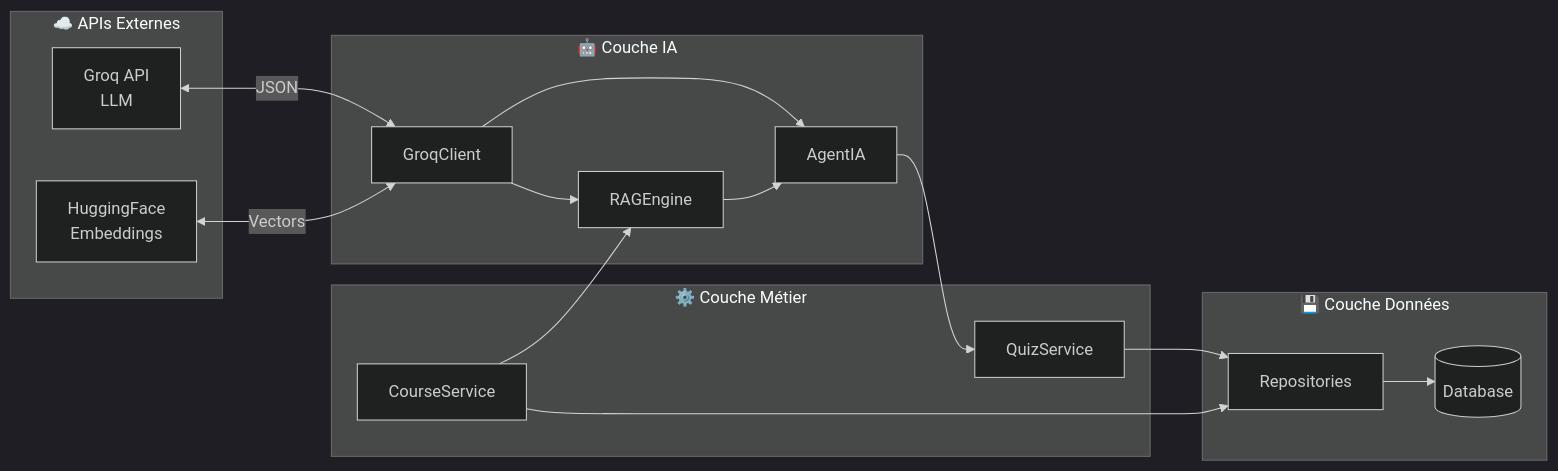
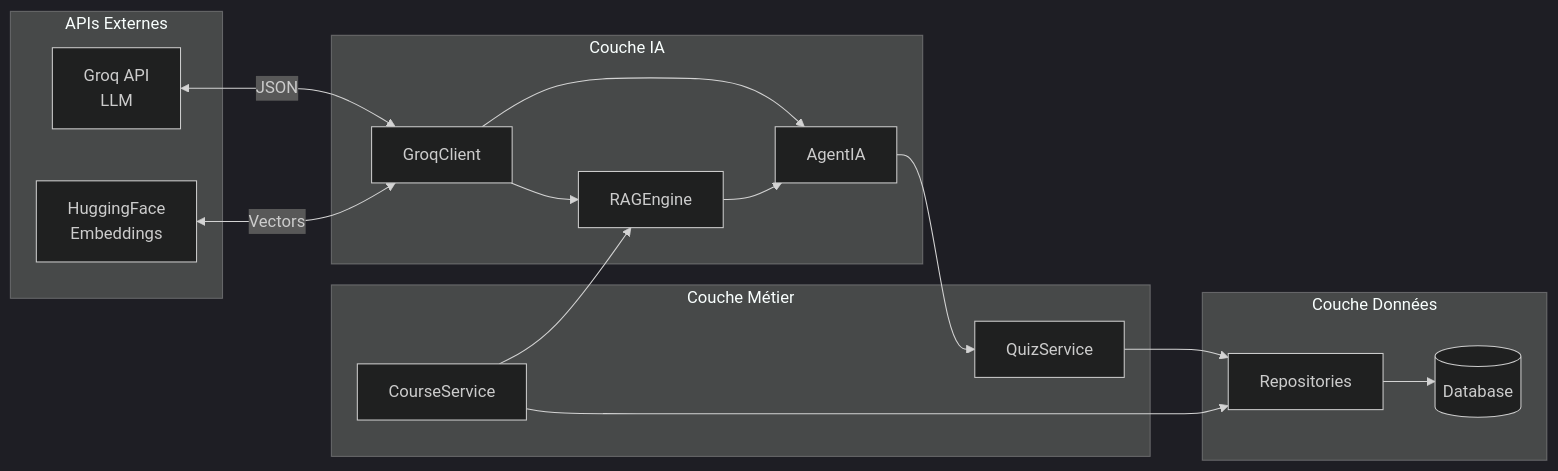
The ninth of 12 diagrams in this.md (AM1N8/Dumpster), drawn with Mermaid (dark theme) before and after one commit. The commit also changed other lines of this file, not shown here.

````diff
--- a/this.md
+++ b/this.md
@@ -486,34 +486,34 @@
 ```mermaid
 flowchart LR
-    subgraph EXTERNE["☁️ APIs Externes"]
+    subgraph EXTERNE["APIs Externes"]
         GROQ["Groq API<br/>LLM"]
         HF["HuggingFace<br/>Embeddings"]
     end
     
-    subgraph IA["🤖 Couche IA"]
+    subgraph IA["Couche IA"]
         CLIENT["GroqClient"]
         RAG["RAGEngine"]
         AGENT["AgentIA"]
     end
     
-    subgraph METIER["⚙️ Couche Métier"]
+    subgraph METIER["Couche Métier"]
         QS["QuizService"]
         CS["CourseService"]
     end
     
-    subgraph DATA["💾 Couche Données"]
+    subgraph DATA["Couche Données"]
         REPO["Repositories"]
         DB[(Database)]
     end
     
     GROQ <-->|JSON| CLIENT
     HF <-->|Vectors| CLIENT
     CLIENT --> AGENT
     CLIENT --> RAG
     RAG --> AGENT
     AGENT --> QS
     CS --> RAG
     QS --> REPO
     CS --> REPO
     REPO --> DB
 ```
````
